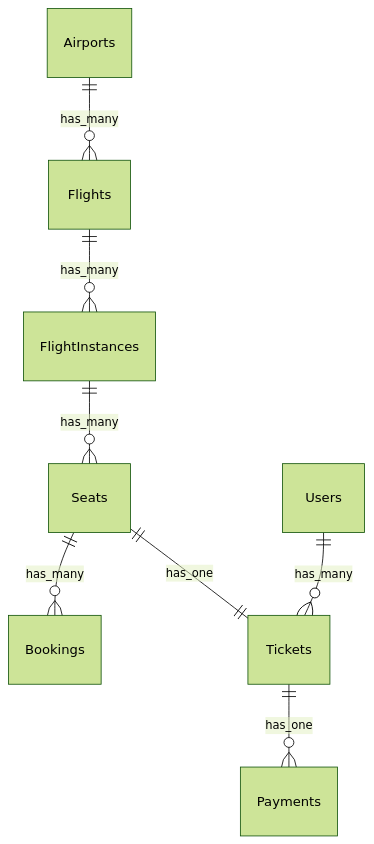
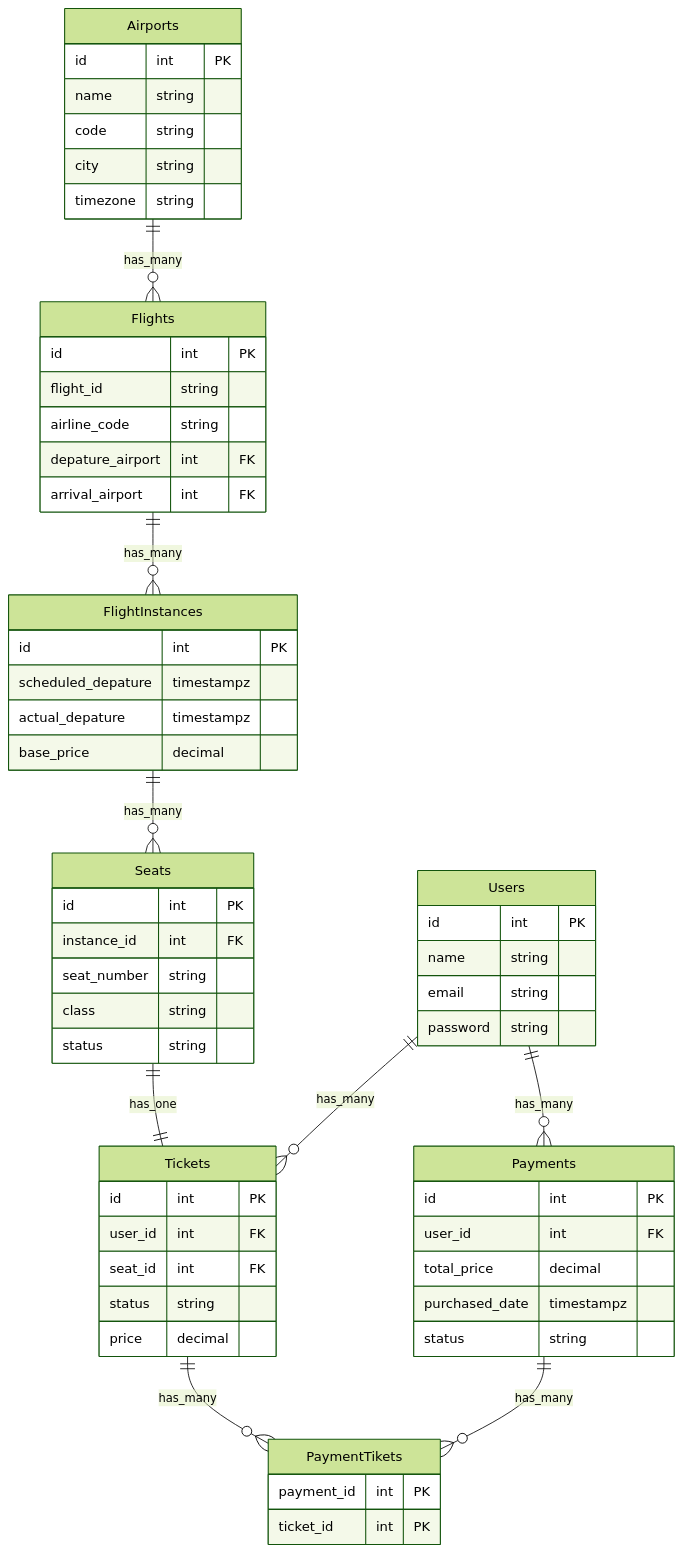
Before and after one commit to wai-lin/m9_ticket_system: the diagram in README.md, drawn with Mermaid (forest theme).

Commit message:
docs: update er diagram

````diff
--- a/README.md
+++ b/README.md
@@ -20,18 +20,63 @@
 ```mermaid
+
 erDiagram
     Airports ||--o{ Flights: has_many
     Flights ||--o{ FlightInstances: has_many
     FlightInstances ||--o{ Seats: has_many
-    Seats ||--o{ Bookings: has_many
     Seats ||--|| Tickets: has_one
     Users ||--o{ Tickets: has_many
-    Tickets ||--o{ Payments: has_one
-    Airports {}
-    Flights {}
-    FlightInstances {}
-    Seats {}
-    Bookings {}
-    Users {}
-    Tickets {}
-    Payments {}
+    Tickets ||--o{ PaymentTikets: has_many
+    Payments ||--o{ PaymentTikets: has_many
+    Users ||--o{ Payments: has_many
+    Airports {
+        id int PK
+        name string
+        code string
+        city string
+        timezone string
+    }
+    Flights {
+        id int PK
+        flight_id string
+        airline_code string
+        depature_airport int FK
+        arrival_airport int FK
+    }
+    FlightInstances {
+        id int PK
+        scheduled_depature timestampz
+        actual_depature timestampz
+        base_price decimal
+    }
+    Seats {
+        id int PK
+        instance_id int FK
+        seat_number string
+        class string
+        status string
+    }
+    Users {
+        id int PK
+        name string
+        email string
+        password string
+    }
+    Tickets {
+        id int PK
+        user_id int FK
+        seat_id int FK
+        status string
+        price decimal
+    }
+    PaymentTikets {
+        payment_id int PK
+        ticket_id int PK
+    }
+    Payments {
+        id int PK
+        user_id int FK
+        total_price decimal
+        purchased_date timestampz
+        status string
+    }
 ```
````
